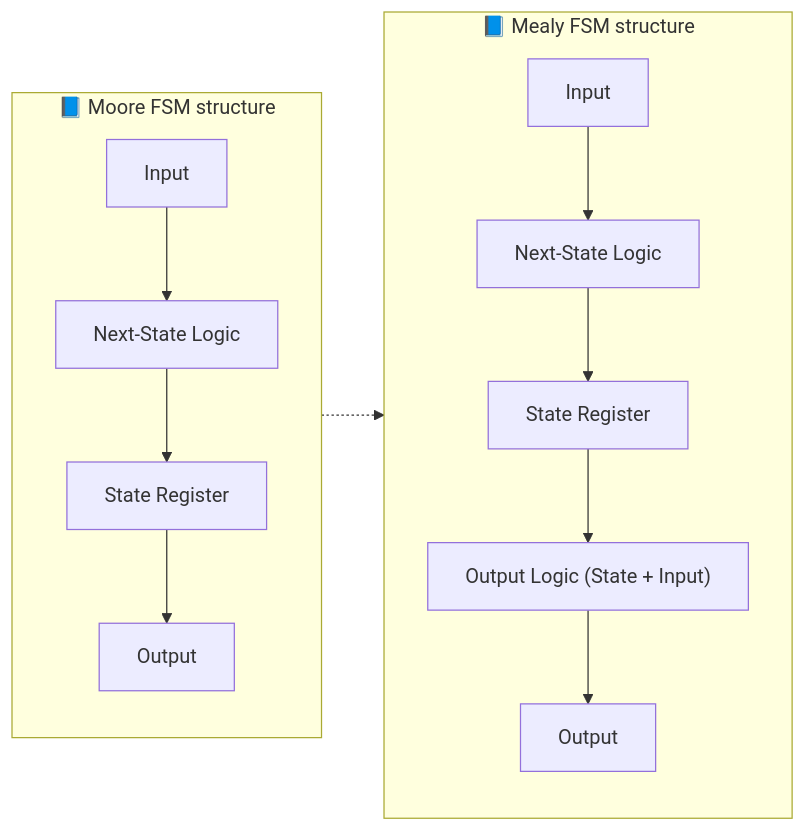
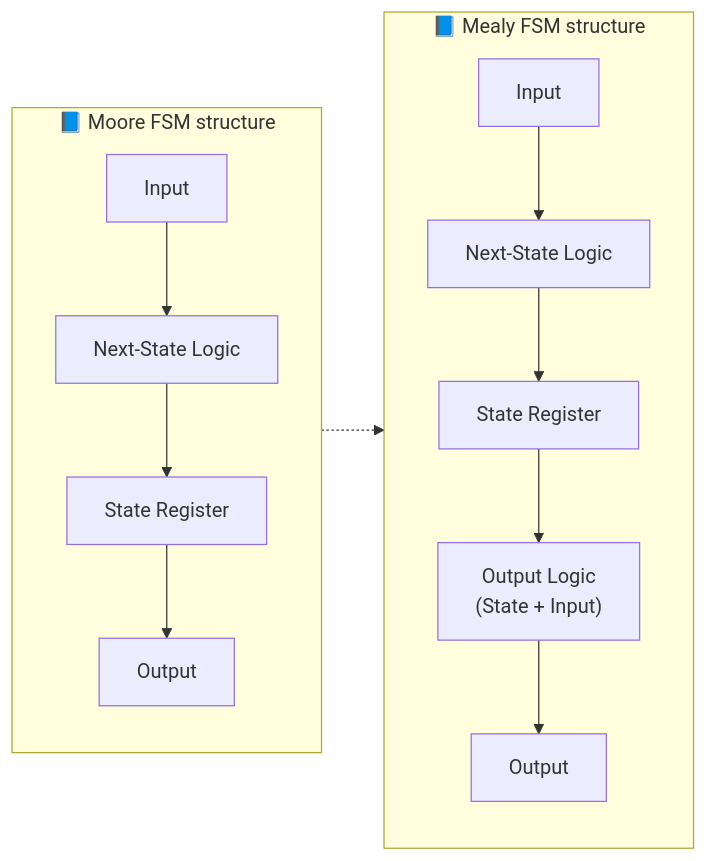
One commit to Samizo-AITL/Edusemi-v4x changed the third of 3 diagrams in chapter2_comb_logic/2.6_fsm_intro.md. Above: the diagram before and after it, drawn with Mermaid. The commit also changed other lines of this file, not shown here.

````diff
--- a/chapter2_comb_logic/2.6_fsm_intro.md
+++ b/chapter2_comb_logic/2.6_fsm_intro.md
@@ -92,26 +92,26 @@
 ```mermaid
 flowchart LR
-    %% Moore FSM 構造（左側）
+    %% Moore FSM構造（左）
     subgraph MooreFSM [📘 Moore FSM structure]
         direction TB
         M1["Input"]
         M2["Next-State Logic"]
         M3["State Register"]
         M4["Output"]
         M1 --> M2 --> M3 --> M4
     end
 
-    %% Mealy FSM 構造（右側）
+    %% Mealy FSM構造（右）
     subgraph MealyFSM [📘 Mealy FSM structure]
         direction TB
         E1["Input"]
         E2["Next-State Logic"]
         E3["State Register"]
-        E4["Output Logic (State + Input)"]
+        E4["Output Logic<br>(State + Input)"]
         E5["Output"]
         E1 --> E2 --> E3 --> E4 --> E5
     end
 
-    %% 横並びを強制するためのダミーリンク
+    %% 横並びを固定するための不可視リンク（点線）
     M1 -.-> E1
 ```
````
